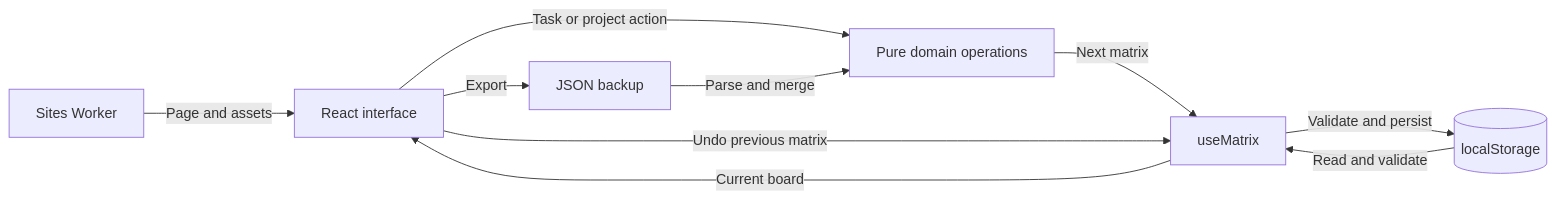
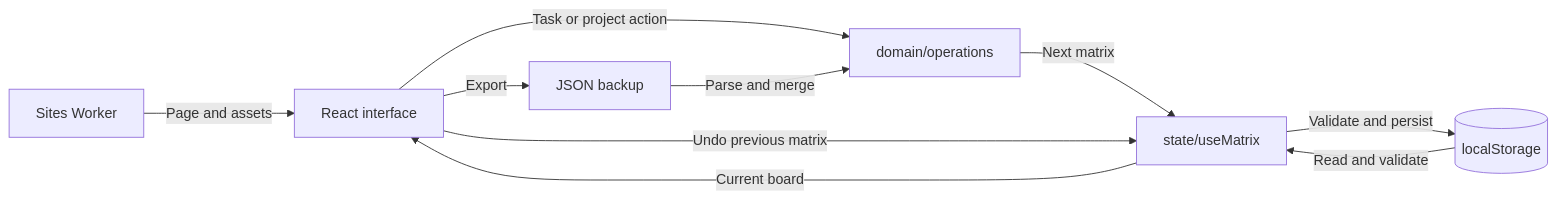
One commit to Quadrified/clearspace-matrix changed the first of 2 diagrams in docs/OVERVIEW.md. Above: the diagram before and after it, drawn with Mermaid. The commit also changed other lines of this file and 6 other files, not shown here.

First line of the commit message:
Bring README, architecture, overview and deployment docs up to date

````diff
--- a/docs/OVERVIEW.md
+++ b/docs/OVERVIEW.md
@@ -36,12 +36,12 @@
 ```mermaid
 flowchart LR
   server["Sites Worker"] -->|"Page and assets"| ui["React interface"]
-  store[(localStorage)] -->|"Read and validate"| state["useMatrix"]
+  store[(localStorage)] -->|"Read and validate"| state["state/useMatrix"]
   state -->|"Current board"| ui
-  ui -->|"Task or project action"| rules["Pure domain operations"]
+  ui -->|"Task or project action"| rules["domain/operations"]
   rules -->|"Next matrix"| state
   state -->|"Validate and persist"| store
   ui -->|"Undo previous matrix"| state
   ui -->|Export| backup["JSON backup"]
   backup -->|"Parse and merge"| rules
 ```
````
